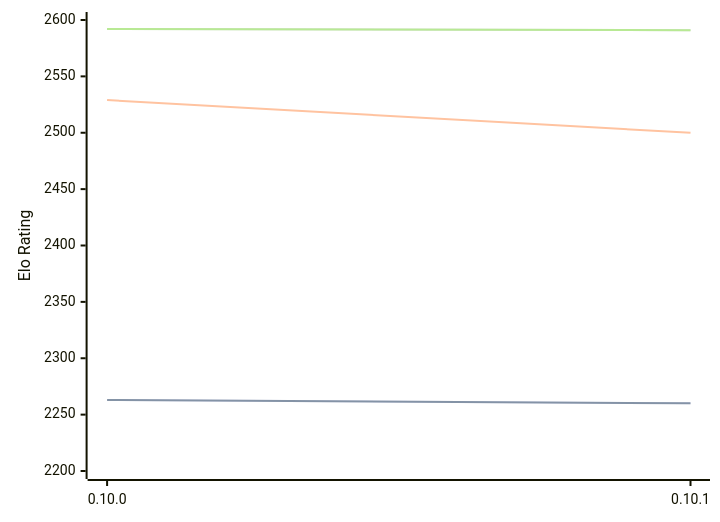
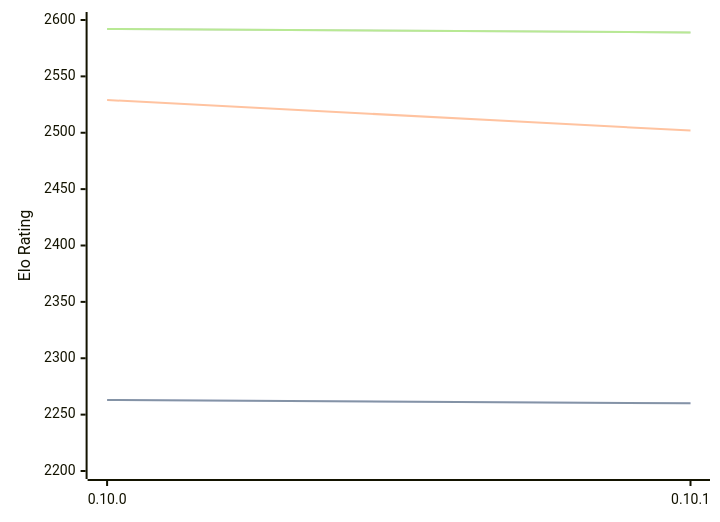
One commit to computer-chess-index/cci changed the diagram in engines/Fatalii.md. Above: the diagram before and after it, drawn with Mermaid. The commit also changed other lines of this file, not shown here.

Commit message:
Update CCI Ratings (ELO VLTC) - 2026-07-22

````diff
--- a/engines/Fatalii.md
+++ b/engines/Fatalii.md
@@ -46,11 +46,11 @@
 ```mermaid
 %%{init: {"theme":"base","themeVariables":{"seriesColors:['#a3a3a3','#222221','#faa371']}}}%%
 xychart-beta
   x-axis ["0.10.0", "0.10.1"]
   y-axis "Elo Rating" 2200 --> 2600
   line "STC (8.0+0.08s)" [2263, 2260]
   line "STC (8.0+0.08s)" [2263, 2260]
-  line "LTC (60.0+0.60s)" [2529, 2500]
-  line "VLTC (2m24s+1.12s)" [2592, 2591]
-  line "VLTC (2m24s+1.12s)" [2592, 2591]
+  line "LTC (60.0+0.60s)" [2529, 2502]
+  line "VLTC (2m24s+1.12s)" [2592, 2589]
+  line "VLTC (2m24s+1.12s)" [2592, 2589]
 ```
````
